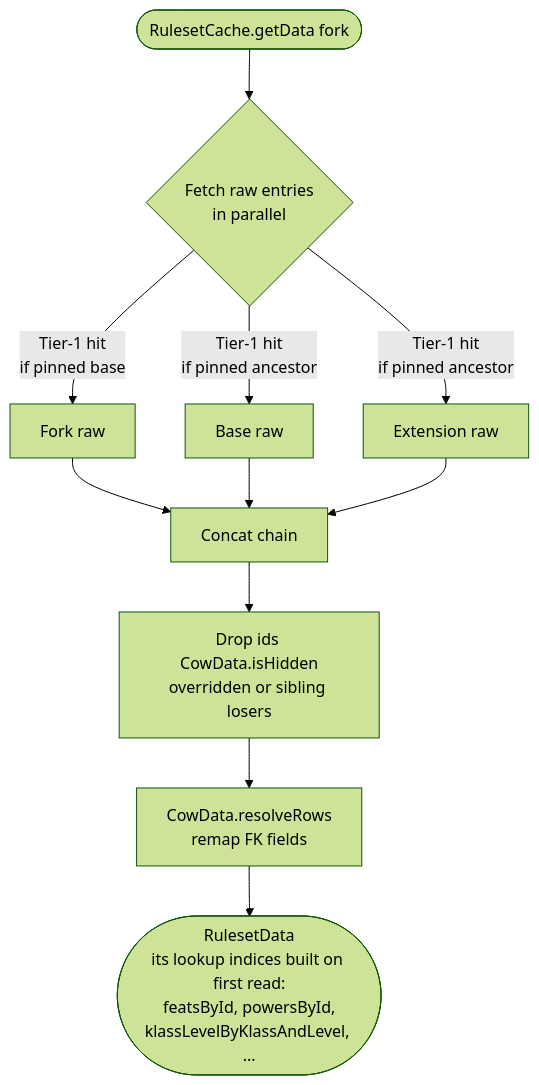
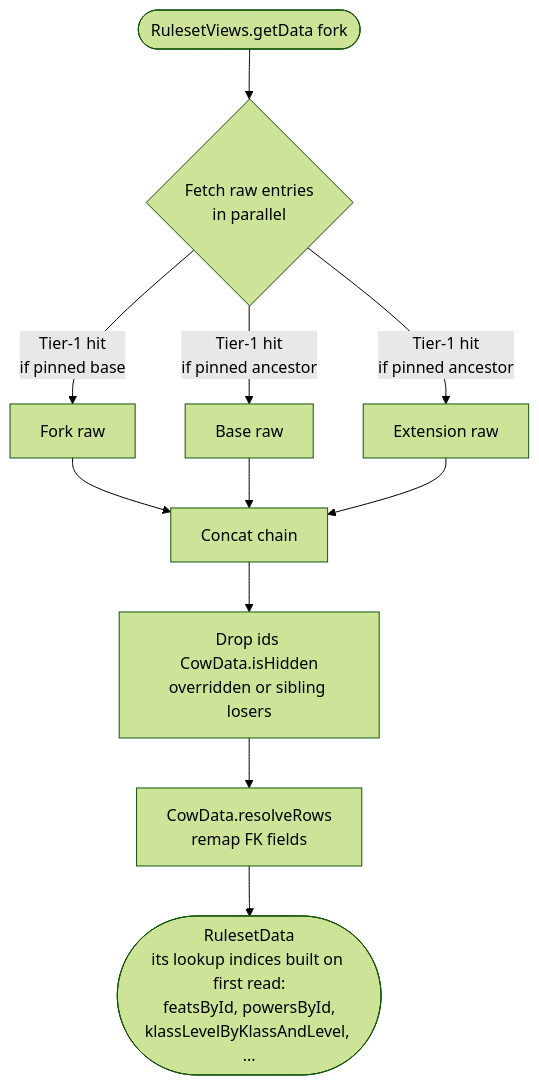
The second of 7 diagrams in docs/caching.md (PhilippeChab/arkyvree), drawn with Mermaid (forest theme) before and after one commit. The commit also changed other lines of this file and 103 other files, not shown here.

````diff
--- a/docs/caching.md
+++ b/docs/caching.md
@@ -207,13 +207,13 @@
 ```mermaid
 flowchart TD
-    Start([RulesetCache.getData fork]) --> Fetch{Fetch raw entries<br/>in parallel}
+    Start([RulesetViews.getData fork]) --> Fetch{Fetch raw entries<br/>in parallel}
     Fetch -->|Tier-1 hit<br/>if pinned base| ForkRaw[Fork raw]
     Fetch -->|Tier-1 hit<br/>if pinned ancestor| BaseRaw[Base raw]
     Fetch -->|Tier-1 hit<br/>if pinned ancestor| ExtRaw[Extension raw]
     ForkRaw --> Concat[Concat chain]
     BaseRaw --> Concat
     ExtRaw --> Concat
     Concat --> Exclude[Drop ids CowData.isHidden<br/>overridden or sibling losers]
     Exclude --> FKRemap[CowData.resolveRows<br/>remap FK fields]
     FKRemap --> Out([RulesetData<br/>its lookup indices built on first read:<br/>featsById, powersById,<br/>klassLevelByKlassAndLevel, ...])
 ```
````
